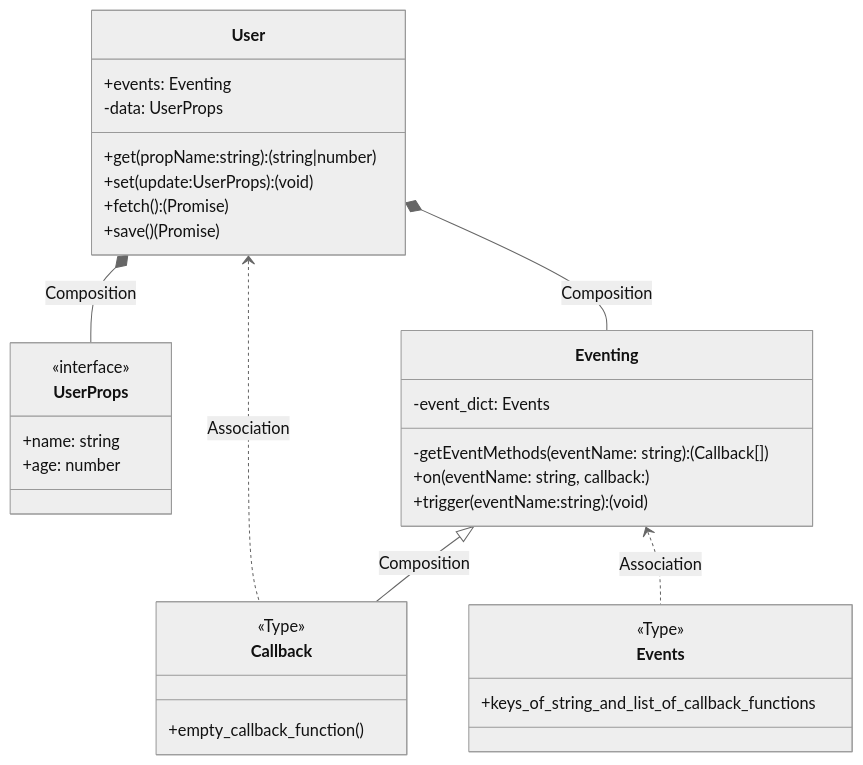
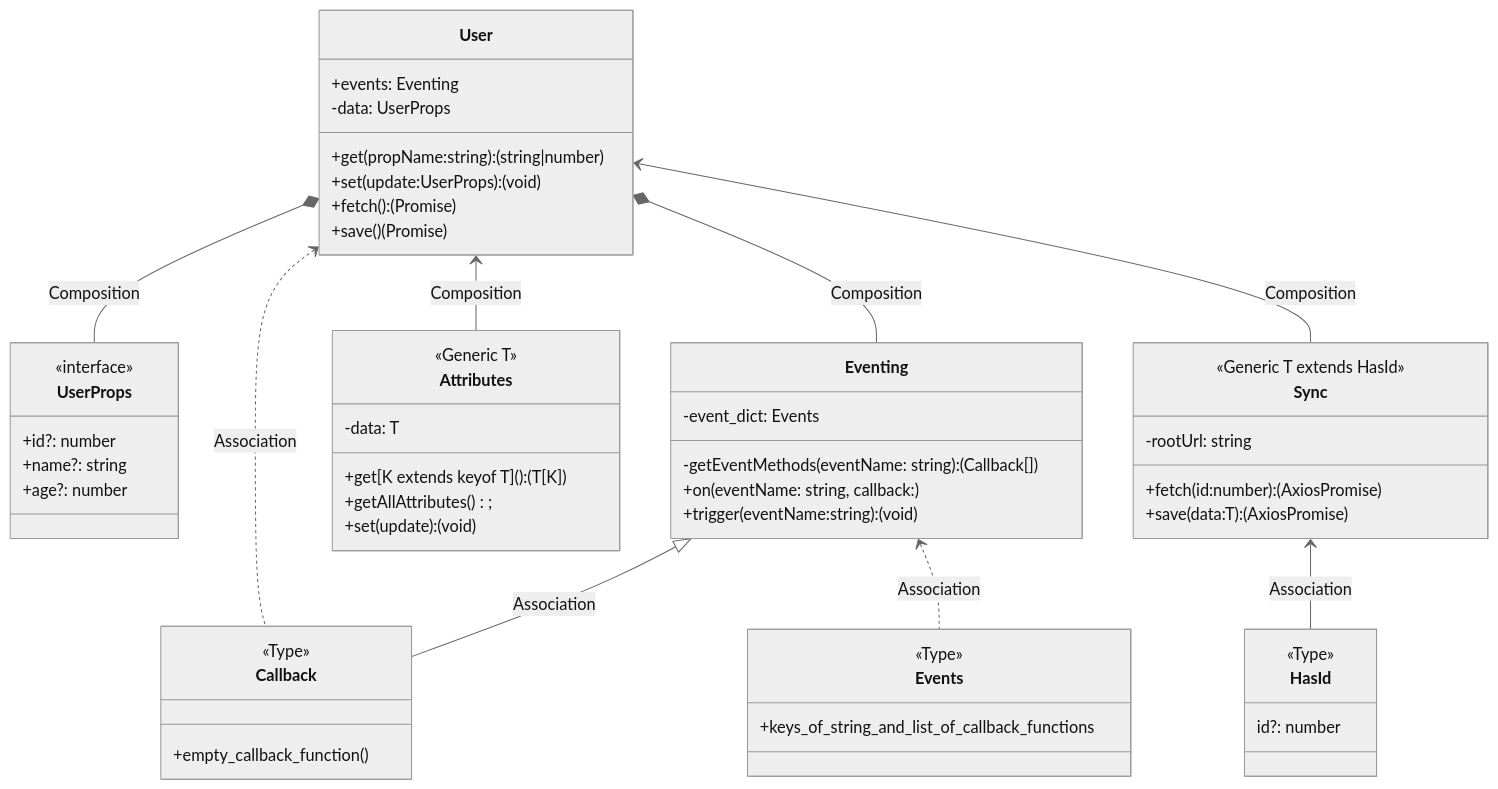
One commit to frzhen/typescript-web-framework changed the second of 2 diagrams in README.md. Above: the diagram before and after it, drawn with Mermaid (neutral theme). The commit also changed 1 other file, not shown here.

````diff
--- a/README.md
+++ b/README.md
@@ -101,35 +101,56 @@
 ```mermaid
    classDiagram
    class User {
    +events: Eventing
    -data: UserProps
    +get(propName:string):(string|number)
    +set(update:UserProps):(void)
    +fetch():(Promise)
    +save()(Promise)
    }
    class UserProps {
    <<interface>>
-   +name: string
-   +age: number
+   +id?: number
+   +name?: string
+   +age?: number
    }
    User *-- UserProps: Composition
    class Callback {
    <<Type>>
    +empty_callback_function()
    }
    User <.. Callback: Association
    User *-- Eventing: Composition
    class Events {
    <<Type>>
    +keys_of_string_and_list_of_callback_functions
    }
-   Eventing <|-- Callback: Composition
+   Eventing <|-- Callback: Association
    Eventing <.. Events: Association
-    class Eventing {
+   class Eventing {
    -event_dict: Events
    -getEventMethods(eventName: string): (Callback[])
    +on(eventName: string, callback:)
    +trigger(eventName:string):(void)
    }
+   class Attributes{
+   <<Generic T>>
+   -data: T
+   +get[K extends keyof T](): (T[K])
+   +getAllAttributes();
+   +set(update):(void)
+   }
+   User <-- Attributes: Composition
+   class Sync{
+   <<Generic T extends HasId>>
+   -rootUrl: string
+   +fetch(id:number): (AxiosPromise)
+   +save(data:T): (AxiosPromise)
+   }
+   User <-- Sync: Composition
+   class HasId {
+   <<Type>>
+   id?: number
+   }
+   Sync <-- HasId: Association
 ```
````
